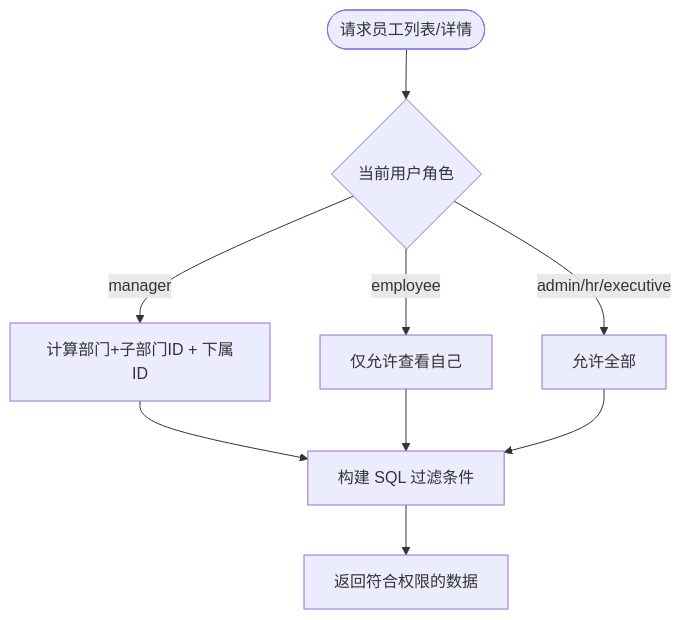
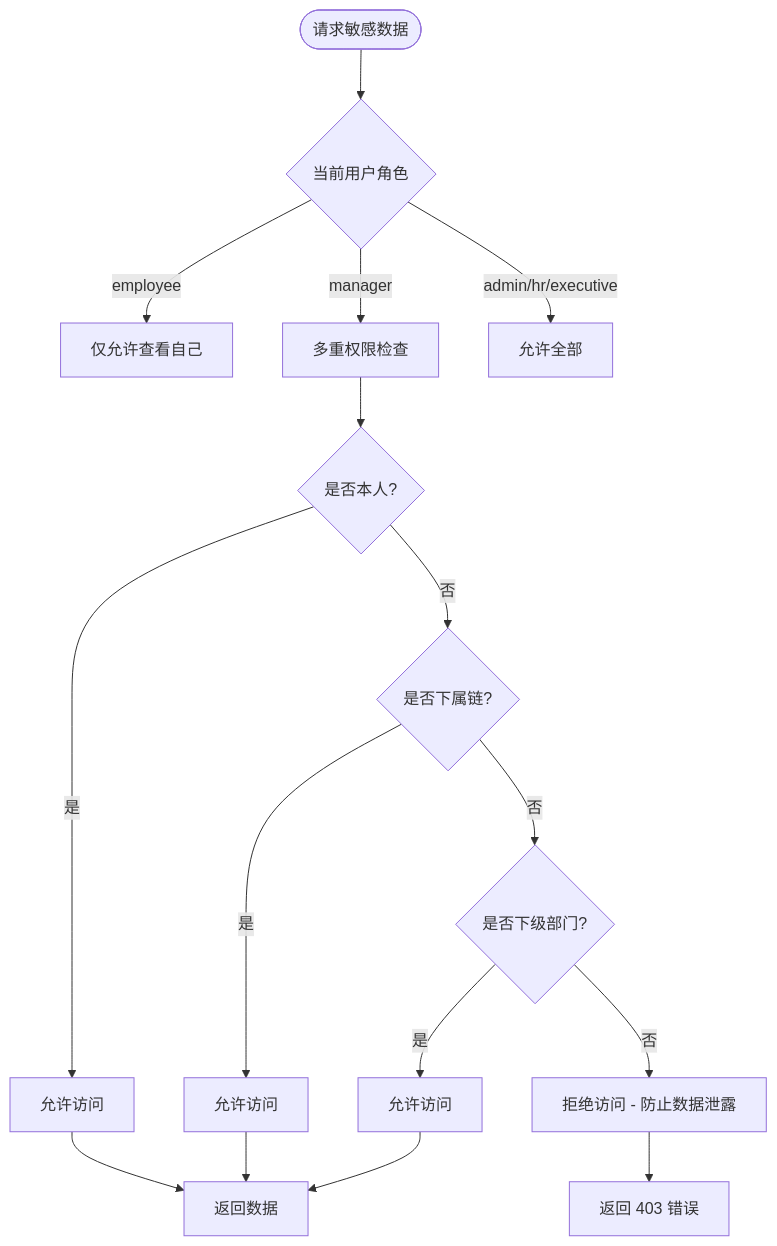
One commit to xgd561/performance_evaluation_system changed the sixth of 11 diagrams in .qoder/repowiki/zh/content/系统架构/安全架构设计/RBAC权限控制.md. Above: the diagram before and after it, drawn with Mermaid. The commit also changed other lines of this file and 136 other files, not shown here.

````diff
--- a/.qoder/repowiki/zh/content/系统架构/安全架构设计/RBAC权限控制.md
+++ b/.qoder/repowiki/zh/content/系统架构/安全架构设计/RBAC权限控制.md
@@ -177,11 +217,18 @@
 ```mermaid
 flowchart TD
-Start(["请求员工列表/详情"]) --> RoleCheck{"当前用户角色"}
+Start(["请求敏感数据"]) --> RoleCheck{"当前用户角色"}
 RoleCheck --> |employee| SelfOnly["仅允许查看自己"]
-RoleCheck --> |manager| DeptChain["计算部门+子部门ID + 下属ID"]
+RoleCheck --> |manager| MultiCheck["多重权限检查"]
 RoleCheck --> |admin/hr/executive| AllowAll["允许全部"]
-DeptChain --> FilterQuery["构建 SQL 过滤条件"]
-SelfOnly --> FilterQuery
-AllowAll --> FilterQuery
-FilterQuery --> ReturnData["返回符合权限的数据"]
+MultiCheck --> CheckSelf{"是否本人?"}
+CheckSelf --> |是| AllowSelf["允许访问"]
+CheckSelf --> |否| CheckSubordinate{"是否下属链?"}
+CheckSubordinate --> |是| AllowSub["允许访问"]
+CheckSubordinate --> |否| CheckDept{"是否下级部门?"}
+CheckDept --> |是| AllowDept["允许访问"]
+CheckDept --> |否| DenyAccess["拒绝访问 - 防止数据泄露"]
+AllowSelf --> ReturnData["返回数据"]
+AllowSub --> ReturnData
+AllowDept --> ReturnData
+DenyAccess --> Error["返回 403 错误"]
 ```
````
